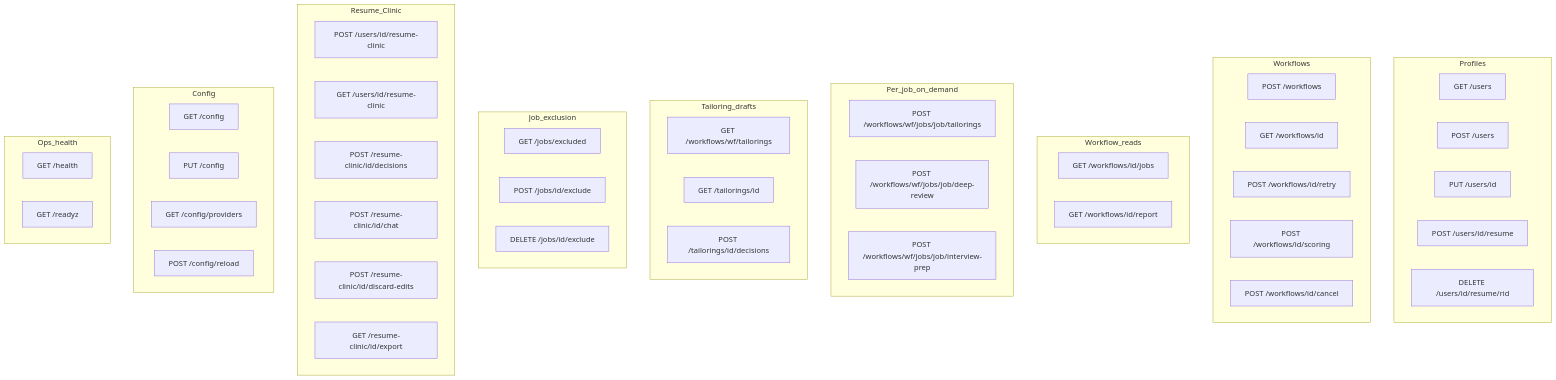
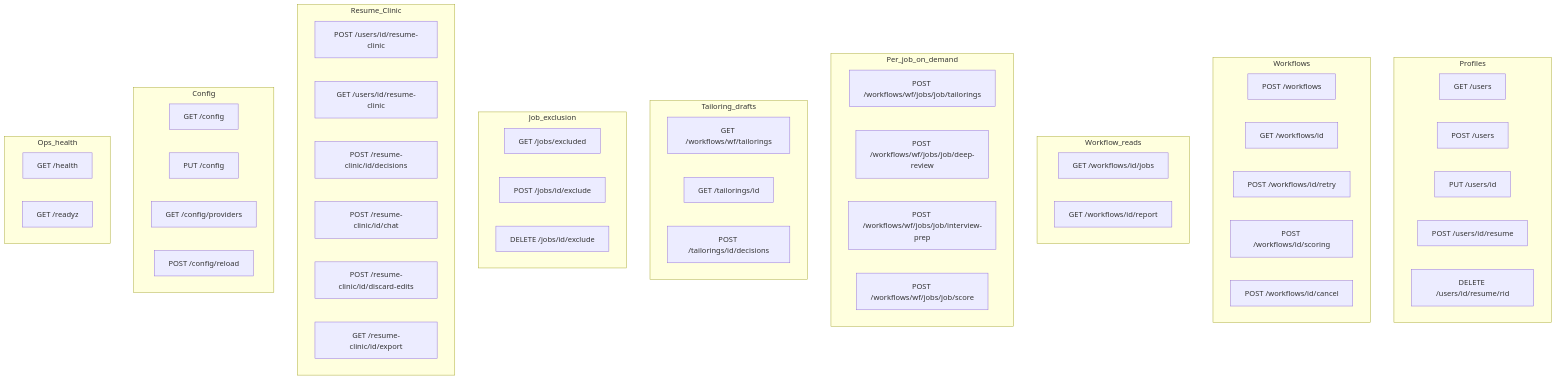
Before and after one commit to suthrams/jobsearchagent-v2: the diagram in docs/architecture/api_surface_overview.md, drawn with Mermaid. The commit also changed other lines of this file and 9 other files, not shown here.

````diff
--- a/docs/architecture/api_surface_overview.md
+++ b/docs/architecture/api_surface_overview.md
@@ -25,62 +25,63 @@
 ```mermaid
 flowchart TB
     subgraph Profiles
         p1[GET /users]
         p2[POST /users]
         p3[PUT /users/id]
         p4[POST /users/id/resume]
         p5[DELETE /users/id/resume/rid]
     end
 
     subgraph Workflows
         w1[POST /workflows]
         w2[GET /workflows/id]
         w3[POST /workflows/id/retry]
         w4[POST /workflows/id/scoring]
         w5[POST /workflows/id/cancel]
     end
 
     subgraph Workflow_reads
         r1[GET /workflows/id/jobs]
         r2[GET /workflows/id/report]
     end
 
     subgraph Per_job_on_demand
         d1[POST /workflows/wf/jobs/job/tailorings]
         d2[POST /workflows/wf/jobs/job/deep-review]
         d3[POST /workflows/wf/jobs/job/interview-prep]
+        d4[POST /workflows/wf/jobs/job/score]
     end
 
     subgraph Tailoring_drafts
         t1[GET /workflows/wf/tailorings]
         t2[GET /tailorings/id]
         t3[POST /tailorings/id/decisions]
     end
 
     subgraph Job_exclusion
         j1[GET /jobs/excluded]
         j2[POST /jobs/id/exclude]
         j3[DELETE /jobs/id/exclude]
     end
 
     subgraph Resume_Clinic
         c1[POST /users/id/resume-clinic]
         c2[GET /users/id/resume-clinic]
         c3[POST /resume-clinic/id/decisions]
         c4[POST /resume-clinic/id/chat]
         c5[POST /resume-clinic/id/discard-edits]
         c6[GET /resume-clinic/id/export]
     end
 
     subgraph Config
         f1[GET /config]
         f2[PUT /config]
         f3[GET /config/providers]
         f4[POST /config/reload]
     end
 
     subgraph Ops_health
         o1[GET /health]
         o2[GET /readyz]
     end
 ```
````
